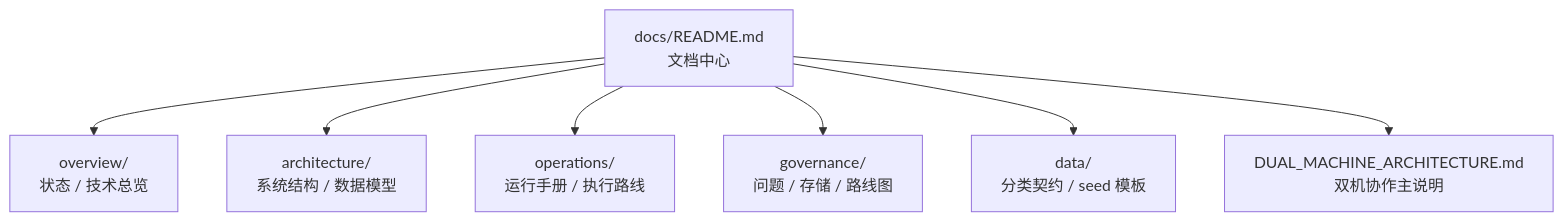
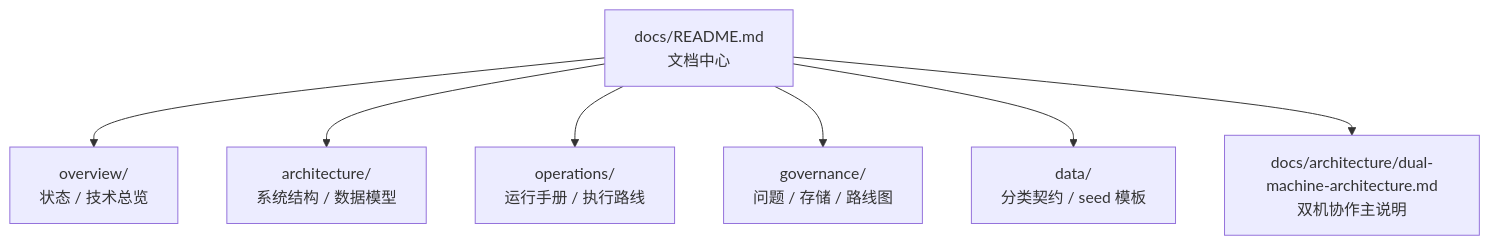
The sixth of 6 diagrams in README.md (Timcai06/SPM), drawn with Mermaid before and after one commit. The commit also changed other lines of this file and 20 other files, not shown here.

````diff
--- a/README.md
+++ b/README.md
@@ -340,9 +352,9 @@
 ```mermaid
 flowchart TD
     A["docs/README.md<br/>文档中心"] --> B["overview/<br/>状态 / 技术总览"]
     A --> C["architecture/<br/>系统结构 / 数据模型"]
     A --> D["operations/<br/>运行手册 / 执行路线"]
     A --> E["governance/<br/>问题 / 存储 / 路线图"]
     A --> F["data/<br/>分类契约 / seed 模板"]
-    A --> G["DUAL_MACHINE_ARCHITECTURE.md<br/>双机协作主说明"]
+    A --> G["docs/architecture/dual-machine-architecture.md<br/>双机协作主说明"]
 ```
````
